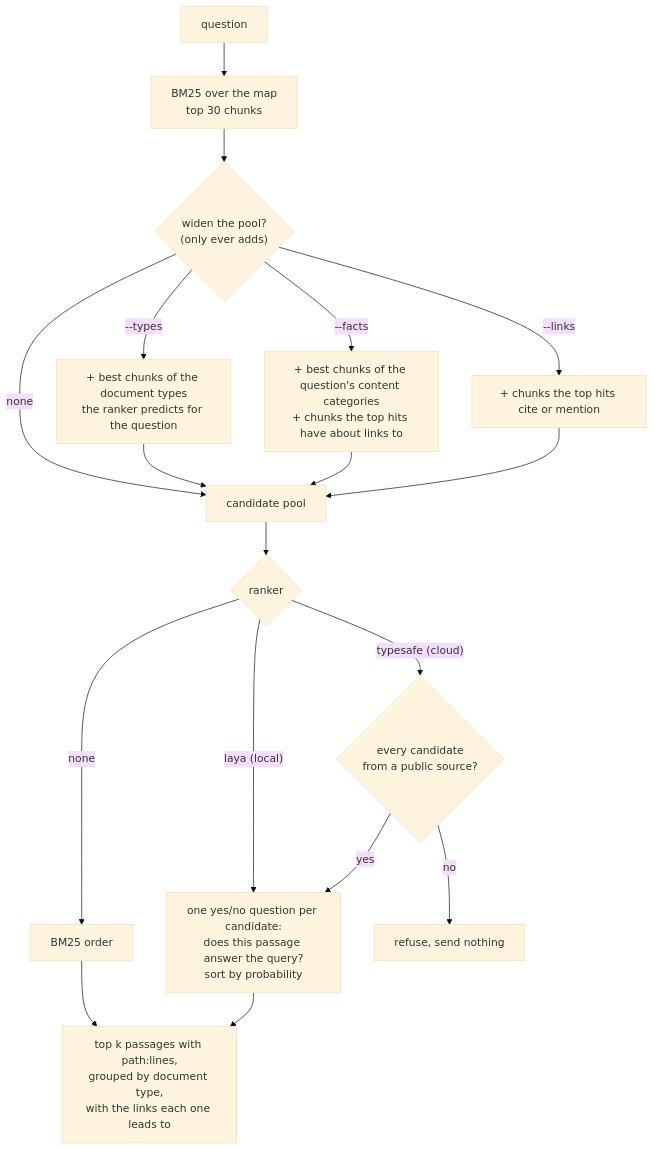
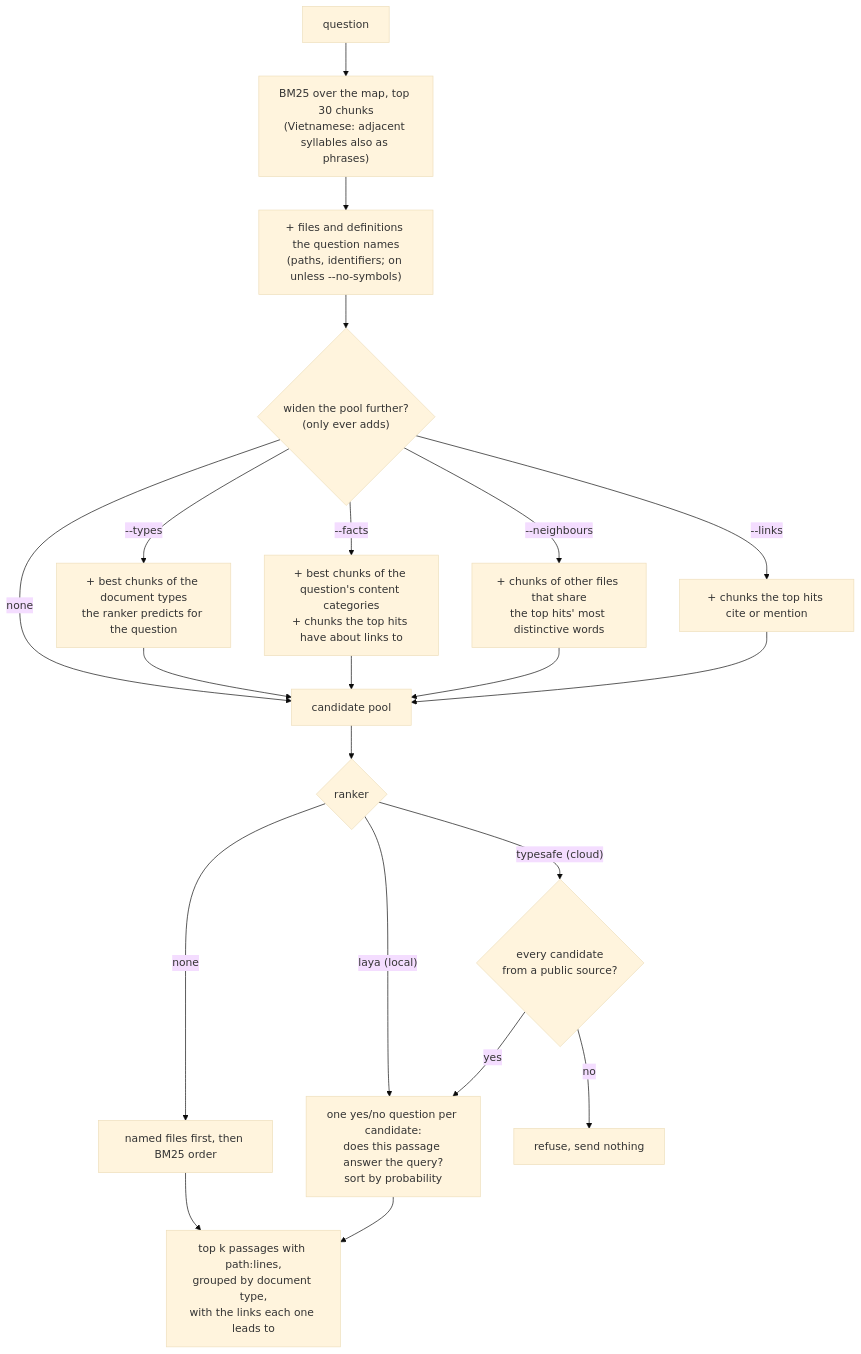
Before and after one commit to minhquan23102000/inventio: the second of 2 diagrams in README.md, drawn with Mermaid (base theme). The commit also changed other lines of this file and 18 other files, not shown here.

Commit message:
Fine-tuned Laya results; names lookup on by default; Vietnamese phrase queries; unjudged neighbours

````diff
--- a/README.md
+++ b/README.md
@@ -44,20 +44,23 @@
 ```mermaid
 flowchart TD
-    Q["question"] --> B["BM25 over the map<br/>top 30 chunks"]
-    B --> W{"widen the pool?<br/>(only ever adds)"}
+    Q["question"] --> B["BM25 over the map, top 30 chunks<br/>(Vietnamese: adjacent syllables also as phrases)"]
+    B --> S["+ files and definitions the question names<br/>(paths, identifiers; on unless --no-symbols)"]
+    S --> W{"widen the pool further?<br/>(only ever adds)"}
     W -- "--types" --> T["+ best chunks of the document types<br/>the ranker predicts for the question"]
     W -- "--facts" --> F["+ best chunks of the question's content categories<br/>+ chunks the top hits have about links to"]
+    W -- "--neighbours" --> M["+ chunks of other files that share<br/>the top hits' most distinctive words"]
     W -- "--links" --> L["+ chunks the top hits cite or mention"]
     W -- "none" --> P
     T --> P["candidate pool"]
     F --> P
+    M --> P
     L --> P
     P --> G{"ranker"}
-    G -- "none" --> O["BM25 order"]
+    G -- "none" --> O["named files first, then BM25 order"]
     G -- "laya (local)" --> R["one yes/no question per candidate:<br/>does this passage answer the query?<br/>sort by probability"]
     G -- "typesafe (cloud)" --> X{"every candidate<br/>from a public source?"}
     X -- "no" --> N["refuse, send nothing"]
     X -- "yes" --> R
     O --> A["top k passages with path:lines,<br/>grouped by document type,<br/>with the links each one leads to"]
     R --> A
 ```
````
